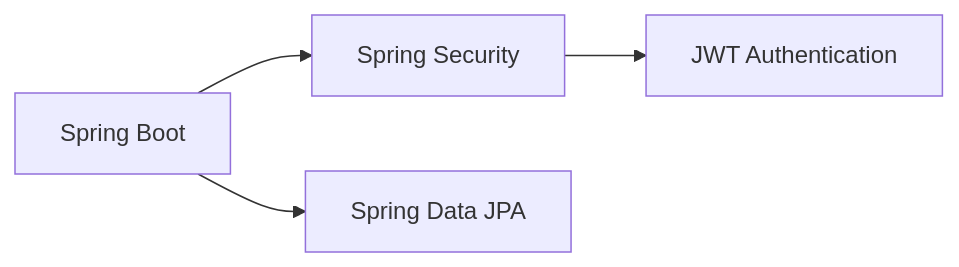
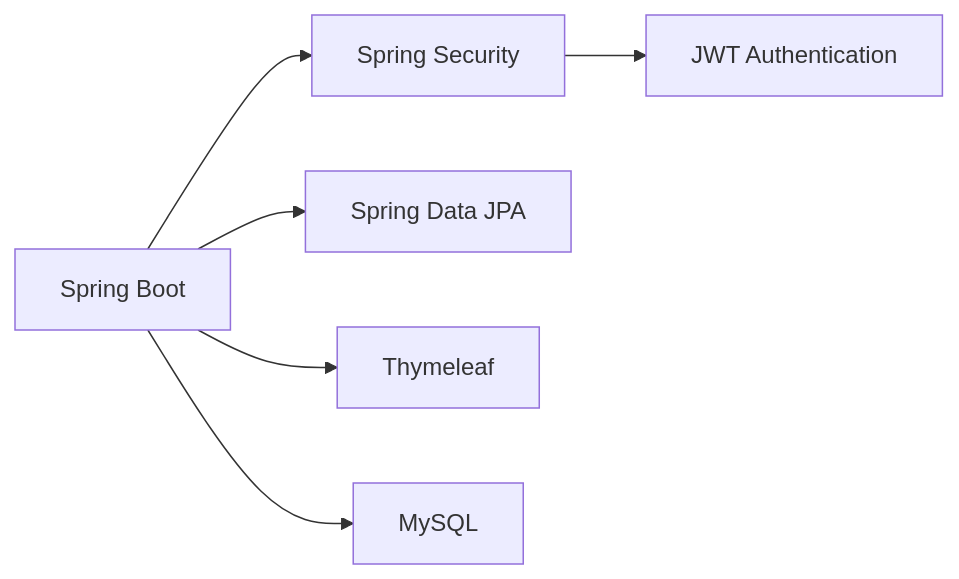
Before and after one commit to sumanbisunkhe/url-shortner-thymeleaf: the diagram in README.md, drawn with Mermaid. The commit also changed other lines of this file and 25 other files, not shown here.

````diff
--- a/README.md
+++ b/README.md
@@ -80,6 +88,8 @@
 ```mermaid
 graph LR
     A[Spring Boot] --> B[Spring Security]
     B --> C[JWT Authentication]
     A --> D[Spring Data JPA]
+    A --> E[Thymeleaf]
+    A --> F[MySQL]
 ```
````
